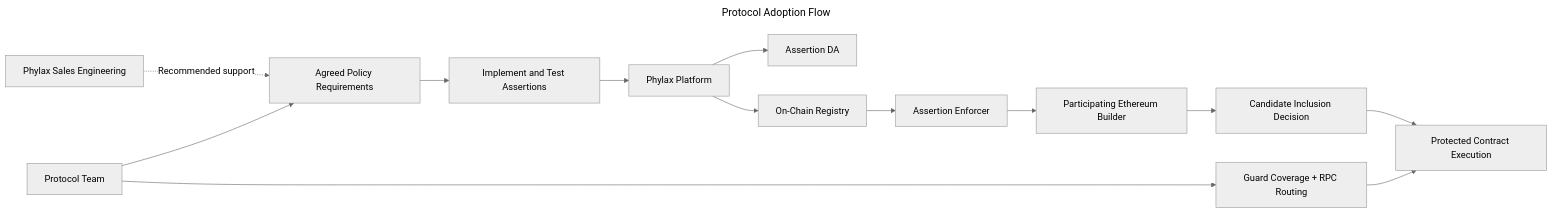
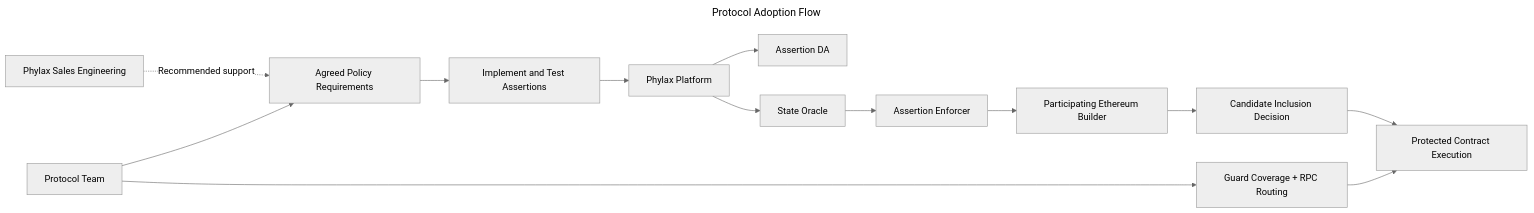
One commit to phylaxsystems/phylax-docs changed the diagram in credible/dapp-integration.mdx. Above: the diagram before and after it, drawn with Mermaid (neutral theme). The commit also changed other lines of this file and 8 other files, not shown here.

````diff
--- a/credible/dapp-integration.mdx
+++ b/credible/dapp-integration.mdx
@@ -20,18 +20,18 @@
 ```mermaid
 ---
 title: Protocol Adoption Flow
 ---
 flowchart LR
   Dev[Protocol Team] --> Scope[Agreed Policy Requirements]
   SE[Phylax Sales Engineering] -. Recommended support .-> Scope
   Scope --> Assertion[Implement and Test Assertions]
   Assertion --> Platform[Phylax Platform]
   Platform --> DA[Assertion DA]
-  Platform --> Registry[On-Chain Registry]
-  Registry --> Enforcer[Assertion Enforcer]
+  Platform --> StateOracle[State Oracle]
+  StateOracle --> Enforcer[Assertion Enforcer]
   Enforcer --> Builder[Participating Ethereum Builder]
   Builder --> Outcome[Candidate Inclusion Decision]
   Dev --> Guard[Guard Coverage + RPC Routing]
   Guard --> Execution[Protected Contract Execution]
   Outcome --> Execution
 ```
````
